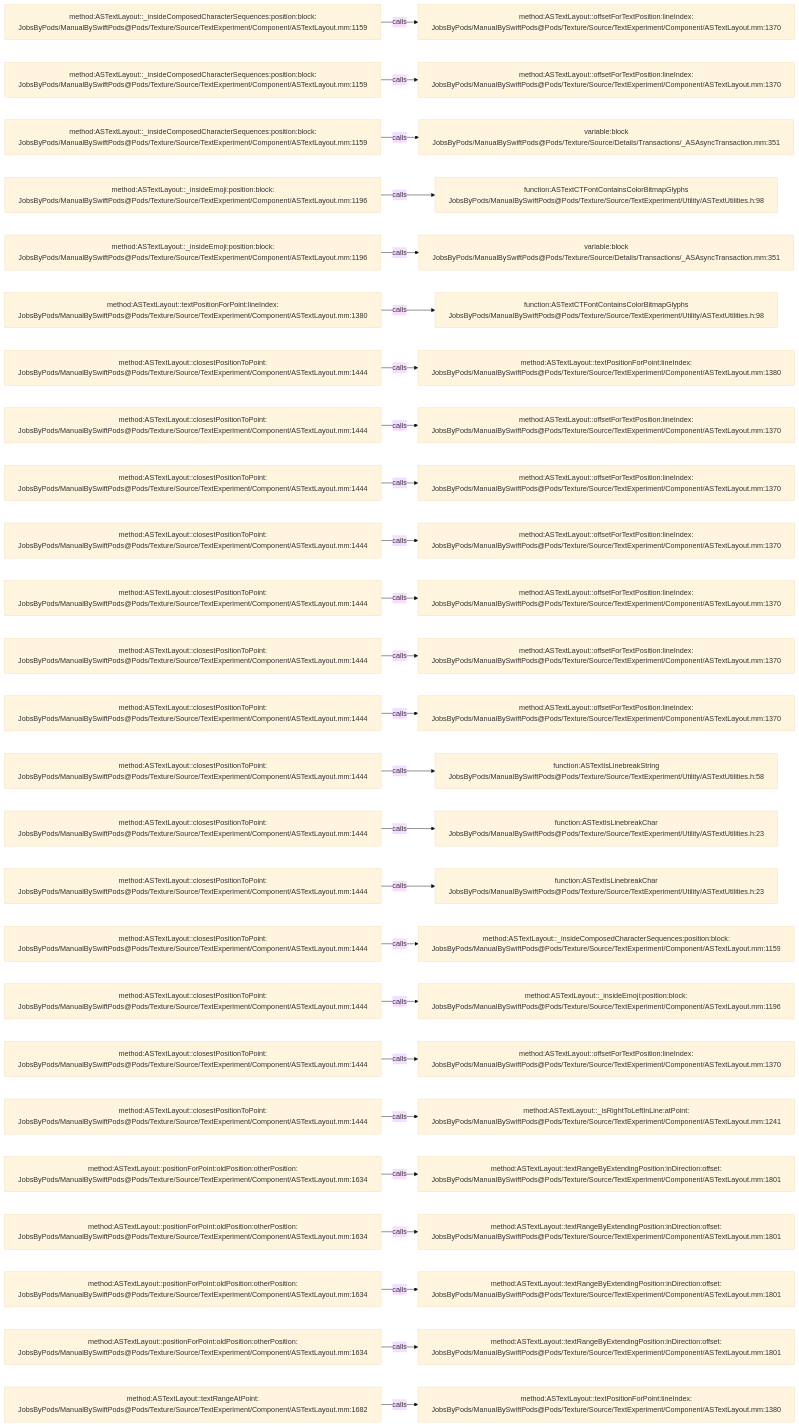
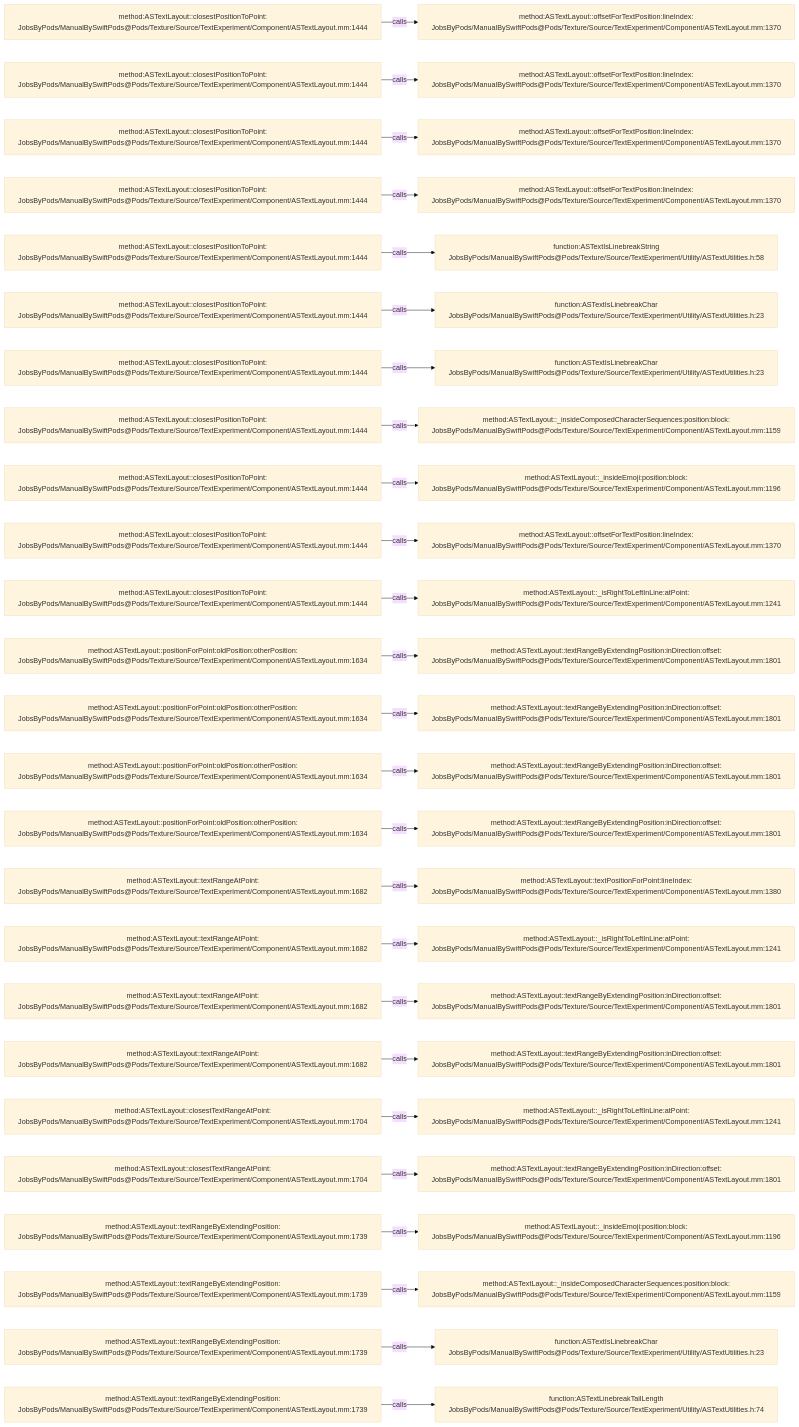
The diagram in .codegraph/codegraph.md/graphs/calls-133.md (JobsKits/JobsSwiftBaseConfigDemo), drawn with Mermaid (base theme) before and after one commit. The commit also changed 707 other files, not shown here.

````diff
--- a/.codegraph/codegraph.md/graphs/calls-133.md
+++ b/.codegraph/codegraph.md/graphs/calls-133.md
@@ -13,78 +13,78 @@
 ```mermaid
 flowchart LR
-  S1["method:ASTextLayout::_insideComposedCharacterSequences:position:block:<br/>JobsByPods/ManualBySwiftPods@Pods/Texture/Source/TextExperiment/Component/ASTextLayout.mm:1159"]
+  S1["method:ASTextLayout::closestPositionToPoint:<br/>JobsByPods/ManualBySwiftPods@Pods/Texture/Source/TextExperiment/Component/ASTextLayout.mm:1444"]
   T1["method:ASTextLayout::offsetForTextPosition:lineIndex:<br/>JobsByPods/ManualBySwiftPods@Pods/Texture/Source/TextExperiment/Component/ASTextLayout.mm:1370"]
   S1 -->|calls| T1
-  S2["method:ASTextLayout::_insideComposedCharacterSequences:position:block:<br/>JobsByPods/ManualBySwiftPods@Pods/Texture/Source/TextExperiment/Component/ASTextLayout.mm:1159"]
+  S2["method:ASTextLayout::closestPositionToPoint:<br/>JobsByPods/ManualBySwiftPods@Pods/Texture/Source/TextExperiment/Component/ASTextLayout.mm:1444"]
   T2["method:ASTextLayout::offsetForTextPosition:lineIndex:<br/>JobsByPods/ManualBySwiftPods@Pods/Texture/Source/TextExperiment/Component/ASTextLayout.mm:1370"]
   S2 -->|calls| T2
-  S3["method:ASTextLayout::_insideComposedCharacterSequences:position:block:<br/>JobsByPods/ManualBySwiftPods@Pods/Texture/Source/TextExperiment/Component/ASTextLayout.mm:1159"]
-  T3["variable:block<br/>JobsByPods/ManualBySwiftPods@Pods/Texture/Source/Details/Transactions/_ASAsyncTransaction.mm:351"]
+  S3["method:ASTextLayout::closestPositionToPoint:<br/>JobsByPods/ManualBySwiftPods@Pods/Texture/Source/TextExperiment/Component/ASTextLayout.mm:1444"]
+  T3["method:ASTextLayout::offsetForTextPosition:lineIndex:<br/>JobsByPods/ManualBySwiftPods@Pods/Texture/Source/TextExperiment/Component/ASTextLayout.mm:1370"]
   S3 -->|calls| T3
-  S4["method:ASTextLayout::_insideEmoji:position:block:<br/>JobsByPods/ManualBySwiftPods@Pods/Texture/Source/TextExperiment/Component/ASTextLayout.mm:1196"]
-  T4["function:ASTextCTFontContainsColorBitmapGlyphs<br/>JobsByPods/ManualBySwiftPods@Pods/Texture/Source/TextExperiment/Utility/ASTextUtilities.h:98"]
+  S4["method:ASTextLayout::closestPositionToPoint:<br/>JobsByPods/ManualBySwiftPods@Pods/Texture/Source/TextExperiment/Component/ASTextLayout.mm:1444"]
+  T4["method:ASTextLayout::offsetForTextPosition:lineIndex:<br/>JobsByPods/ManualBySwiftPods@Pods/Texture/Source/TextExperiment/Component/ASTextLayout.mm:1370"]
   S4 -->|calls| T4
-  S5["method:ASTextLayout::_insideEmoji:position:block:<br/>JobsByPods/ManualBySwiftPods@Pods/Texture/Source/TextExperiment/Component/ASTextLayout.mm:1196"]
-  T5["variable:block<br/>JobsByPods/ManualBySwiftPods@Pods/Texture/Source/Details/Transactions/_ASAsyncTransaction.mm:351"]
+  S5["method:ASTextLayout::closestPositionToPoint:<br/>JobsByPods/ManualBySwiftPods@Pods/Texture/Source/TextExperiment/Component/ASTextLayout.mm:1444"]
+  T5["function:ASTextIsLinebreakString<br/>JobsByPods/ManualBySwiftPods@Pods/Texture/Source/TextExperiment/Utility/ASTextUtilities.h:58"]
   S5 -->|calls| T5
-  S6["method:ASTextLayout::textPositionForPoint:lineIndex:<br/>JobsByPods/ManualBySwiftPods@Pods/Texture/Source/TextExperiment/Component/ASTextLayout.mm:1380"]
-  T6["function:ASTextCTFontContainsColorBitmapGlyphs<br/>JobsByPods/ManualBySwiftPods@Pods/Texture/Source/TextExperiment/Utility/ASTextUtilities.h:98"]
+  S6["method:ASTextLayout::closestPositionToPoint:<br/>JobsByPods/ManualBySwiftPods@Pods/Texture/Source/TextExperiment/Component/ASTextLayout.mm:1444"]
+  T6["function:ASTextIsLinebreakChar<br/>JobsByPods/ManualBySwiftPods@Pods/Texture/Source/TextExperiment/Utility/ASTextUtilities.h:23"]
   S6 -->|calls| T6
   S7["method:ASTextLayout::closestPositionToPoint:<br/>JobsByPods/ManualBySwiftPods@Pods/Texture/Source/TextExperiment/Component/ASTextLayout.mm:1444"]
-  T7["method:ASTextLayout::textPositionForPoint:lineIndex:<br/>JobsByPods/ManualBySwiftPods@Pods/Texture/Source/TextExperiment/Component/ASTextLayout.mm:1380"]
+  T7["function:ASTextIsLinebreakChar<br/>JobsByPods/ManualBySwiftPods@Pods/Texture/Source/TextExperiment/Utility/ASTextUtilities.h:23"]
   S7 -->|calls| T7
   S8["method:ASTextLayout::closestPositionToPoint:<br/>JobsByPods/ManualBySwiftPods@Pods/Texture/Source/TextExperiment/Component/ASTextLayout.mm:1444"]
-  T8["method:ASTextLayout::offsetForTextPosition:lineIndex:<br/>JobsByPods/ManualBySwiftPods@Pods/Texture/Source/TextExperiment/Component/ASTextLayout.mm:1370"]
+  T8["method:ASTextLayout::_insideComposedCharacterSequences:position:block:<br/>JobsByPods/ManualBySwiftPods@Pods/Texture/Source/TextExperiment/Component/ASTextLayout.mm:1159"]
   S8 -->|calls| T8
   S9["method:ASTextLayout::closestPositionToPoint:<br/>JobsByPods/ManualBySwiftPods@Pods/Texture/Source/TextExperiment/Component/ASTextLayout.mm:1444"]
-  T9["method:ASTextLayout::offsetForTextPosition:lineIndex:<br/>JobsByPods/ManualBySwiftPods@Pods/Texture/Source/TextExperiment/Component/ASTextLayout.mm:1370"]
+  T9["method:ASTextLayout::_insideEmoji:position:block:<br/>JobsByPods/ManualBySwiftPods@Pods/Texture/Source/TextExperiment/Component/ASTextLayout.mm:1196"]
   S9 -->|calls| T9
   S10["method:ASTextLayout::closestPositionToPoint:<br/>JobsByPods/ManualBySwiftPods@Pods/Texture/Source/TextExperiment/Component/ASTextLayout.mm:1444"]
   T10["method:ASTextLayout::offsetForTextPosition:lineIndex:<br/>JobsByPods/ManualBySwiftPods@Pods/Texture/Source/TextExperiment/Component/ASTextLayout.mm:1370"]
   S10 -->|calls| T10
   S11["method:ASTextLayout::closestPositionToPoint:<br/>JobsByPods/ManualBySwiftPods@Pods/Texture/Source/TextExperiment/Component/ASTextLayout.mm:1444"]
-  T11["method:ASTextLayout::offsetForTextPosition:lineIndex:<br/>JobsByPods/ManualBySwiftPods@Pods/Texture/Source/TextExperiment/Component/ASTextLayout.mm:1370"]
+  T11["method:ASTextLayout::_isRightToLeftInLine:atPoint:<br/>JobsByPods/ManualBySwiftPods@Pods/Texture/Source/TextExperiment/Component/ASTextLayout.mm:1241"]
   S11 -->|calls| T11
-  S12["method:ASTextLayout::closestPositionToPoint:<br/>JobsByPods/ManualBySwiftPods@Pods/Texture/Source/TextExperiment/Component/ASTextLayout.mm:1444"]
-  T12["method:ASTextLayout::offsetForTextPosition:lineIndex:<br/>JobsByPods/ManualBySwiftPods@Pods/Texture/Source/TextExperiment/Component/ASTextLayout.mm:1370"]
+  S12["method:ASTextLayout::positionForPoint:oldPosition:otherPosition:<br/>JobsByPods/ManualBySwiftPods@Pods/Texture/Source/TextExperiment/Component/ASTextLayout.mm:1634"]
+  T12["method:ASTextLayout::textRangeByExtendingPosition:inDirection:offset:<br/>JobsByPods/ManualBySwiftPods@Pods/Texture/Source/TextExperiment/Component/ASTextLayout.mm:1801"]
   S12 -->|calls| T12
-  S13["method:ASTextLayout::closestPositionToPoint:<br/>JobsByPods/ManualBySwiftPods@Pods/Texture/Source/TextExperiment/Component/ASTextLayout.mm:1444"]
-  T13["method:ASTextLayout::offsetForTextPosition:lineIndex:<br/>JobsByPods/ManualBySwiftPods@Pods/Texture/Source/TextExperiment/Component/ASTextLayout.mm:1370"]
+  S13["method:ASTextLayout::positionForPoint:oldPosition:otherPosition:<br/>JobsByPods/ManualBySwiftPods@Pods/Texture/Source/TextExperiment/Component/ASTextLayout.mm:1634"]
+  T13["method:ASTextLayout::textRangeByExtendingPosition:inDirection:offset:<br/>JobsByPods/ManualBySwiftPods@Pods/Texture/Source/TextExperiment/Component/ASTextLayout.mm:1801"]
   S13 -->|calls| T13
-  S14["method:ASTextLayout::closestPositionToPoint:<br/>JobsByPods/ManualBySwiftPods@Pods/Texture/Source/TextExperiment/Component/ASTextLayout.mm:1444"]
-  T14["function:ASTextIsLinebreakString<br/>JobsByPods/ManualBySwiftPods@Pods/Texture/Source/TextExperiment/Utility/ASTextUtilities.h:58"]
+  S14["method:ASTextLayout::positionForPoint:oldPosition:otherPosition:<br/>JobsByPods/ManualBySwiftPods@Pods/Texture/Source/TextExperiment/Component/ASTextLayout.mm:1634"]
+  T14["method:ASTextLayout::textRangeByExtendingPosition:inDirection:offset:<br/>JobsByPods/ManualBySwiftPods@Pods/Texture/Source/TextExperiment/Component/ASTextLayout.mm:1801"]
   S14 -->|calls| T14
-  S15["method:ASTextLayout::closestPositionToPoint:<br/>JobsByPods/ManualBySwiftPods@Pods/Texture/Source/TextExperiment/Component/ASTextLayout.mm:1444"]
-  T15["function:ASTextIsLinebreakChar<br/>JobsByPods/ManualBySwiftPods@Pods/Texture/Source/TextExperiment/Utility/ASTextUtilities.h:23"]
+  S15["method:ASTextLayout::positionForPoint:oldPosition:otherPosition:<br/>JobsByPods/ManualBySwiftPods@Pods/Texture/Source/TextExperiment/Component/ASTextLayout.mm:1634"]
+  T15["method:ASTextLayout::textRangeByExtendingPosition:inDirection:offset:<br/>JobsByPods/ManualBySwiftPods@Pods/Texture/Source/TextExperiment/Component/ASTextLayout.mm:1801"]
   S15 -->|calls| T15
-  S16["method:ASTextLayout::closestPositionToPoint:<br/>JobsByPods/ManualBySwiftPods@Pods/Texture/Source/TextExperiment/Component/ASTextLayout.mm:1444"]
-  T16["function:ASTextIsLinebreakChar<br/>JobsByPods/ManualBySwiftPods@Pods/Texture/Source/TextExperiment/Utility/ASTextUtilities.h:23"]
+  S16["method:ASTextLayout::textRangeAtPoint:<br/>JobsByPods/ManualBySwiftPods@Pods/Texture/Source/TextExperiment/Component/ASTextLayout.mm:1682"]
+  T16["method:ASTextLayout::textPositionForPoint:lineIndex:<br/>JobsByPods/ManualBySwiftPods@Pods/Texture/Source/TextExperiment/Component/ASTextLayout.mm:1380"]
   S16 -->|calls| T16
-  S17["method:ASTextLayout::closestPositionToPoint:<br/>JobsByPods/ManualBySwiftPods@Pods/Texture/Source/TextExperiment/Component/ASTextLayout.mm:1444"]
-  T17["method:ASTextLayout::_insideComposedCharacterSequences:position:block:<br/>JobsByPods/ManualBySwiftPods@Pods/Texture/Source/TextExperiment/Component/ASTextLayout.mm:1159"]
+  S17["method:ASTextLayout::textRangeAtPoint:<br/>JobsByPods/ManualBySwiftPods@Pods/Texture/Source/TextExperiment/Component/ASTextLayout.mm:1682"]
+  T17["method:ASTextLayout::_isRightToLeftInLine:atPoint:<br/>JobsByPods/ManualBySwiftPods@Pods/Texture/Source/TextExperiment/Component/ASTextLayout.mm:1241"]
   S17 -->|calls| T17
-  S18["method:ASTextLayout::closestPositionToPoint:<br/>JobsByPods/ManualBySwiftPods@Pods/Texture/Source/TextExperiment/Component/ASTextLayout.mm:1444"]
-  T18["method:ASTextLayout::_insideEmoji:position:block:<br/>JobsByPods/ManualBySwiftPods@Pods/Texture/Source/TextExperiment/Component/ASTextLayout.mm:1196"]
+  S18["method:ASTextLayout::textRangeAtPoint:<br/>JobsByPods/ManualBySwiftPods@Pods/Texture/Source/TextExperiment/Component/ASTextLayout.mm:1682"]
+  T18["method:ASTextLayout::textRangeByExtendingPosition:inDirection:offset:<br/>JobsByPods/ManualBySwiftPods@Pods/Texture/Source/TextExperiment/Component/ASTextLayout.mm:1801"]
   S18 -->|calls| T18
-  S19["method:ASTextLayout::closestPositionToPoint:<br/>JobsByPods/ManualBySwiftPods@Pods/Texture/Source/TextExperiment/Component/ASTextLayout.mm:1444"]
-  T19["method:ASTextLayout::offsetForTextPosition:lineIndex:<br/>JobsByPods/ManualBySwiftPods@Pods/Texture/Source/TextExperiment/Component/ASTextLayout.mm:1370"]
+  S19["method:ASTextLayout::textRangeAtPoint:<br/>JobsByPods/ManualBySwiftPods@Pods/Texture/Source/TextExperiment/Component/ASTextLayout.mm:1682"]
+  T19["method:ASTextLayout::textRangeByExtendingPosition:inDirection:offset:<br/>JobsByPods/ManualBySwiftPods@Pods/Texture/Source/TextExperiment/Component/ASTextLayout.mm:1801"]
   S19 -->|calls| T19
-  S20["method:ASTextLayout::closestPositionToPoint:<br/>JobsByPods/ManualBySwiftPods@Pods/Texture/Source/TextExperiment/Component/ASTextLayout.mm:1444"]
+  S20["method:ASTextLayout::closestTextRangeAtPoint:<br/>JobsByPods/ManualBySwiftPods@Pods/Texture/Source/TextExperiment/Component/ASTextLayout.mm:1704"]
   T20["method:ASTextLayout::_isRightToLeftInLine:atPoint:<br/>JobsByPods/ManualBySwiftPods@Pods/Texture/Source/TextExperiment/Component/ASTextLayout.mm:1241"]
   S20 -->|calls| T20
-  S21["method:ASTextLayout::positionForPoint:oldPosition:otherPosition:<br/>JobsByPods/ManualBySwiftPods@Pods/Texture/Source/TextExperiment/Component/ASTextLayout.mm:1634"]
+  S21["method:ASTextLayout::closestTextRangeAtPoint:<br/>JobsByPods/ManualBySwiftPods@Pods/Texture/Source/TextExperiment/Component/ASTextLayout.mm:1704"]
   T21["method:ASTextLayout::textRangeByExtendingPosition:inDirection:offset:<br/>JobsByPods/ManualBySwiftPods@Pods/Texture/Source/TextExperiment/Component/ASTextLayout.mm:1801"]
   S21 -->|calls| T21
-  S22["method:ASTextLayout::positionForPoint:oldPosition:otherPosition:<br/>JobsByPods/ManualBySwiftPods@Pods/Texture/Source/TextExperiment/Component/ASTextLayout.mm:1634"]
-  T22["method:ASTextLayout::textRangeByExtendingPosition:inDirection:offset:<br/>JobsByPods/ManualBySwiftPods@Pods/Texture/Source/TextExperiment/Component/ASTextLayout.mm:1801"]
+  S22["method:ASTextLayout::textRangeByExtendingPosition:<br/>JobsByPods/ManualBySwiftPods@Pods/Texture/Source/TextExperiment/Component/ASTextLayout.mm:1739"]
+  T22["method:ASTextLayout::_insideEmoji:position:block:<br/>JobsByPods/ManualBySwiftPods@Pods/Texture/Source/TextExperiment/Component/ASTextLayout.mm:1196"]
   S22 -->|calls| T22
-  S23["method:ASTextLayout::positionForPoint:oldPosition:otherPosition:<br/>JobsByPods/ManualBySwiftPods@Pods/Texture/Source/TextExperiment/Component/ASTextLayout.mm:1634"]
-  T23["method:ASTextLayout::textRangeByExtendingPosition:inDirection:offset:<br/>JobsByPods/ManualBySwiftPods@Pods/Texture/Source/TextExperiment/Component/ASTextLayout.mm:1801"]
+  S23["method:ASTextLayout::textRangeByExtendingPosition:<br/>JobsByPods/ManualBySwiftPods@Pods/Texture/Source/TextExperiment/Component/ASTextLayout.mm:1739"]
+  T23["method:ASTextLayout::_insideComposedCharacterSequences:position:block:<br/>JobsByPods/ManualBySwiftPods@Pods/Texture/Source/TextExperiment/Component/ASTextLayout.mm:1159"]
   S23 -->|calls| T23
-  S24["method:ASTextLayout::positionForPoint:oldPosition:otherPosition:<br/>JobsByPods/ManualBySwiftPods@Pods/Texture/Source/TextExperiment/Component/ASTextLayout.mm:1634"]
-  T24["method:ASTextLayout::textRangeByExtendingPosition:inDirection:offset:<br/>JobsByPods/ManualBySwiftPods@Pods/Texture/Source/TextExperiment/Component/ASTextLayout.mm:1801"]
+  S24["method:ASTextLayout::textRangeByExtendingPosition:<br/>JobsByPods/ManualBySwiftPods@Pods/Texture/Source/TextExperiment/Component/ASTextLayout.mm:1739"]
+  T24["function:ASTextIsLinebreakChar<br/>JobsByPods/ManualBySwiftPods@Pods/Texture/Source/TextExperiment/Utility/ASTextUtilities.h:23"]
   S24 -->|calls| T24
-  S25["method:ASTextLayout::textRangeAtPoint:<br/>JobsByPods/ManualBySwiftPods@Pods/Texture/Source/TextExperiment/Component/ASTextLayout.mm:1682"]
-  T25["method:ASTextLayout::textPositionForPoint:lineIndex:<br/>JobsByPods/ManualBySwiftPods@Pods/Texture/Source/TextExperiment/Component/ASTextLayout.mm:1380"]
+  S25["method:ASTextLayout::textRangeByExtendingPosition:<br/>JobsByPods/ManualBySwiftPods@Pods/Texture/Source/TextExperiment/Component/ASTextLayout.mm:1739"]
+  T25["function:ASTextLinebreakTailLength<br/>JobsByPods/ManualBySwiftPods@Pods/Texture/Source/TextExperiment/Utility/ASTextUtilities.h:74"]
   S25 -->|calls| T25
 ```
````
